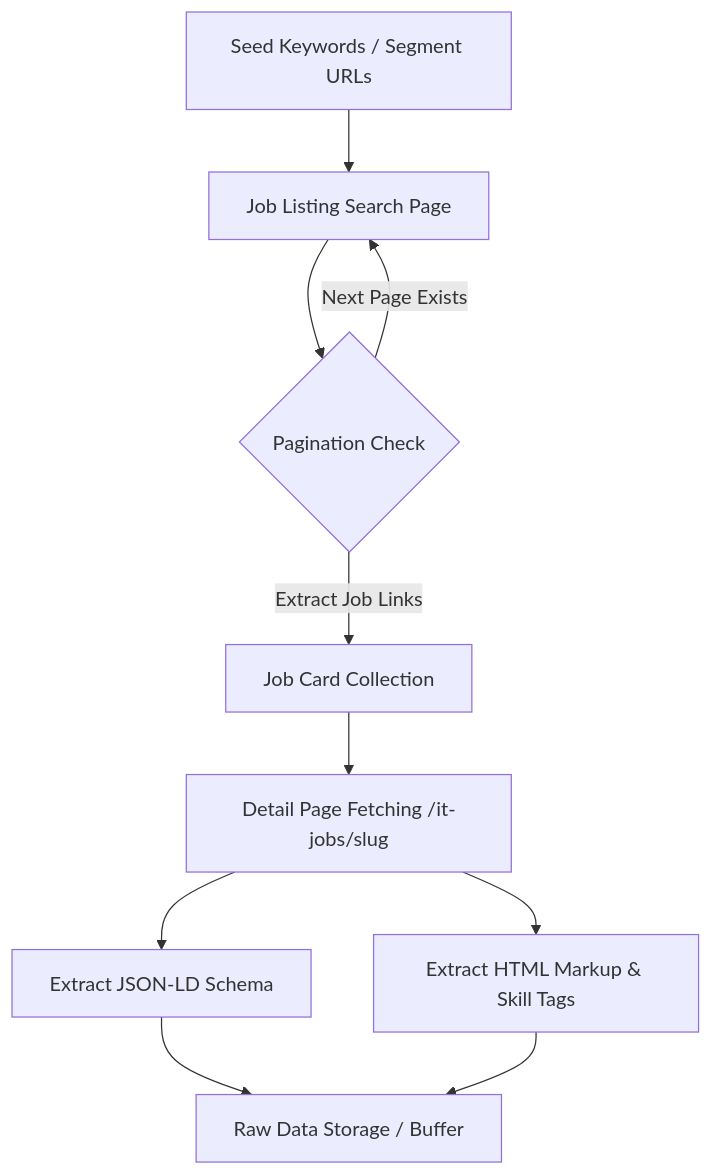
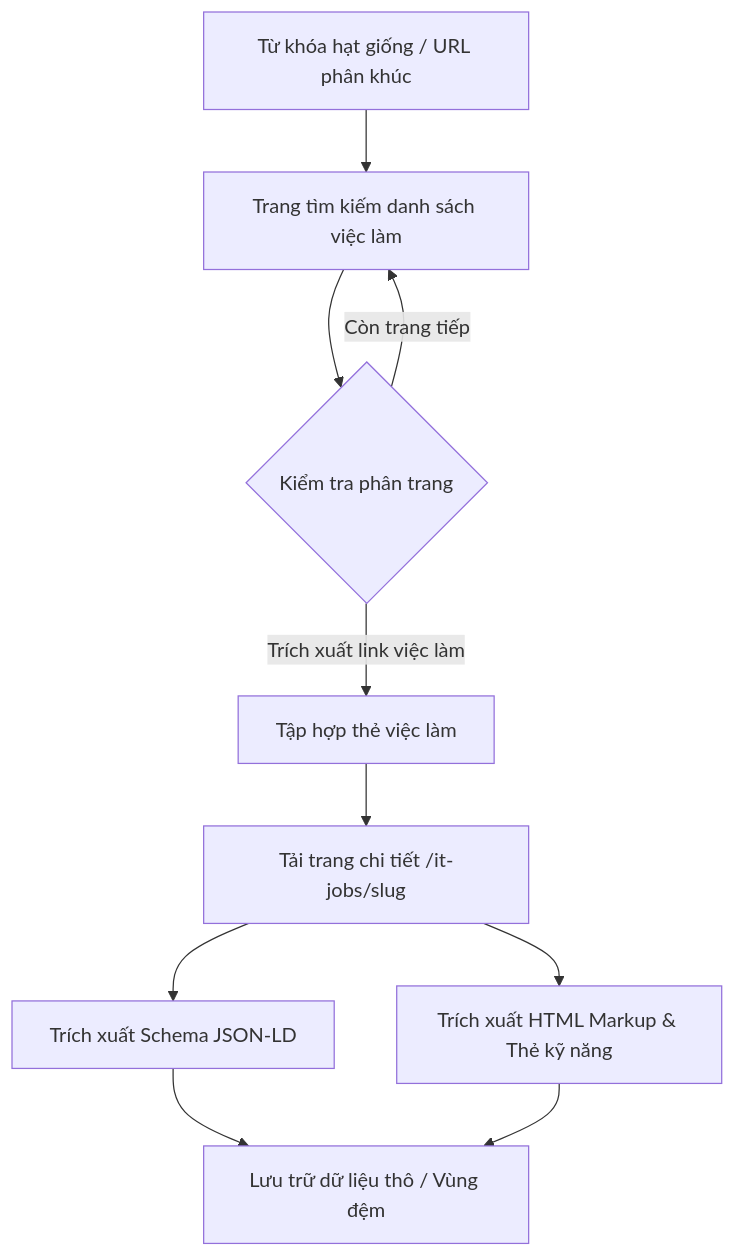
The diagram in docs/data_collection/source_inspection.md (DuongXD-27/occupational-skill-structure-mining), drawn with Mermaid before and after one commit. The commit also changed other lines of this file and 10 other files, not shown here.

````diff
--- a/docs/data_collection/source_inspection.md
+++ b/docs/data_collection/source_inspection.md
@@ -26,12 +26,12 @@
 ```mermaid
 flowchart TD
-    A[Seed Keywords / Segment URLs] --> B[Job Listing Search Page]
-    B --> C{Pagination Check}
-    C -->|Next Page Exists| B
-    C -->|Extract Job Links| D[Job Card Collection]
-    D --> E[Detail Page Fetching /it-jobs/slug]
-    E --> F[Extract JSON-LD Schema]
-    E --> G[Extract HTML Markup & Skill Tags]
-    F --> H[Raw Data Storage / Buffer]
+    A[Từ khóa hạt giống / URL phân khúc] --> B[Trang tìm kiếm danh sách việc làm]
+    B --> C{Kiểm tra phân trang}
+    C -->|Còn trang tiếp| B
+    C -->|Trích xuất link việc làm| D[Tập hợp thẻ việc làm]
+    D --> E[Tải trang chi tiết /it-jobs/slug]
+    E --> F[Trích xuất Schema JSON-LD]
+    E --> G[Trích xuất HTML Markup & Thẻ kỹ năng]
+    F --> H[Lưu trữ dữ liệu thô / Vùng đệm]
     G --> H
 ```
````
